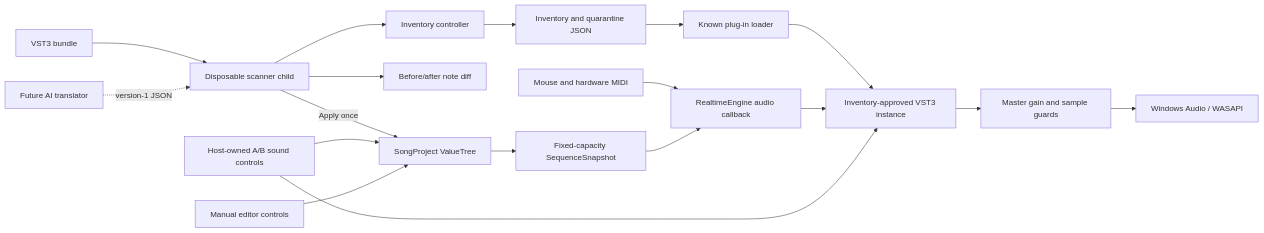
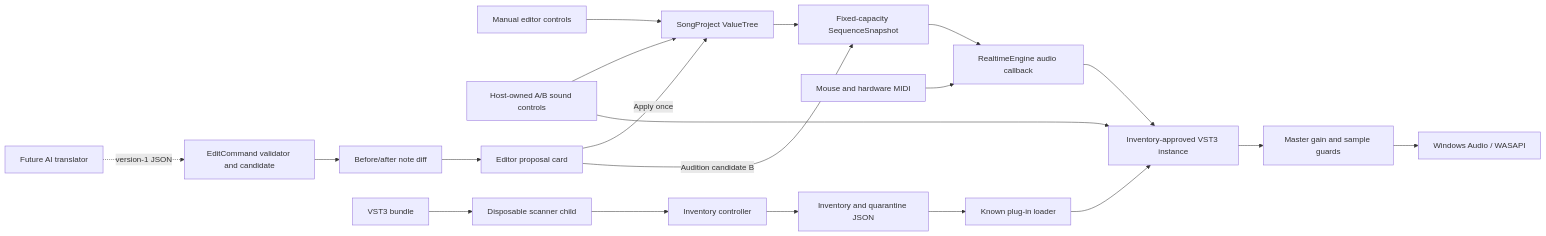
The diagram in docs/ARCHITECTURE.md (tilok1234/resonance-music-editor), drawn with Mermaid before and after one commit. The commit also changed other lines of this file and 10 other files, not shown here.

````diff
--- a/docs/ARCHITECTURE.md
+++ b/docs/ARCHITECTURE.md
@@ -9,21 +9,23 @@
 ```mermaid
 flowchart LR
     U["Manual editor controls"] --> M["SongProject ValueTree"]
     B["Host-owned A/B sound controls"] --> M
     B --> V
-    A["Future AI translator"] -. "version-1 JSON" .-> C["EditCommand validator and candidate"]
-    C --> D["Before/after note diff"]
-    C -->|"Apply once"| M
+    A["Future AI translator"] -. "version-1 JSON" .-> EC["EditCommand validator and candidate"]
+    EC --> D["Before/after note diff"]
+    D --> PB["Editor proposal card"]
+    PB -->|"Apply once"| M
+    PB -->|"Audition candidate B"| S
     M --> S["Fixed-capacity SequenceSnapshot"]
     S --> R["RealtimeEngine audio callback"]
     K["Mouse and hardware MIDI"] --> R
     R --> V["Inventory-approved VST3 instance"]
     V --> G["Master gain and sample guards"]
     G --> W["Windows Audio / WASAPI"]
 
-    P["VST3 bundle"] --> C["Disposable scanner child"]
-    C --> I["Inventory controller"]
+    P["VST3 bundle"] --> SC["Disposable scanner child"]
+    SC --> I["Inventory controller"]
     I --> Q["Inventory and quarantine JSON"]
     Q --> L["Known plug-in loader"]
     L --> V
 ```
````
